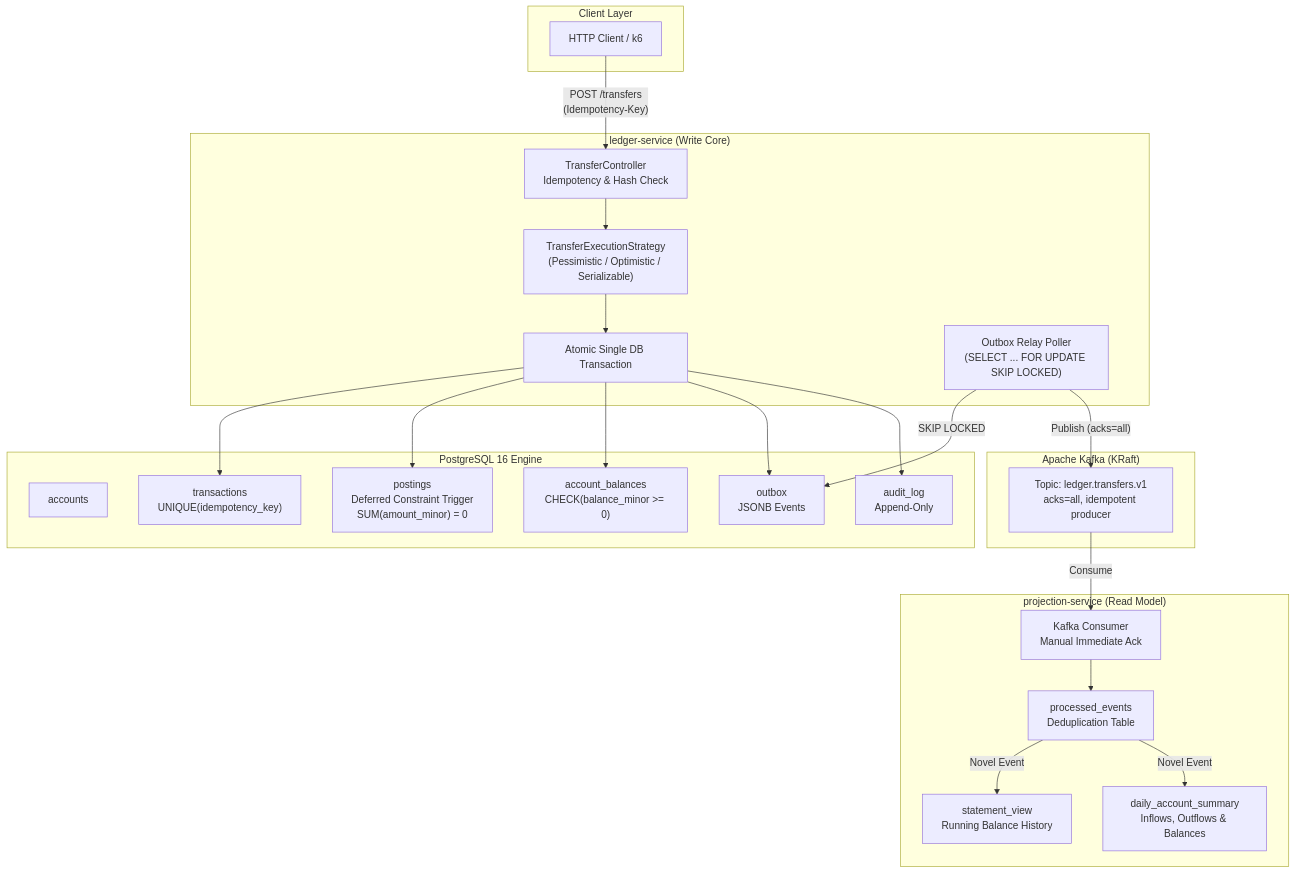
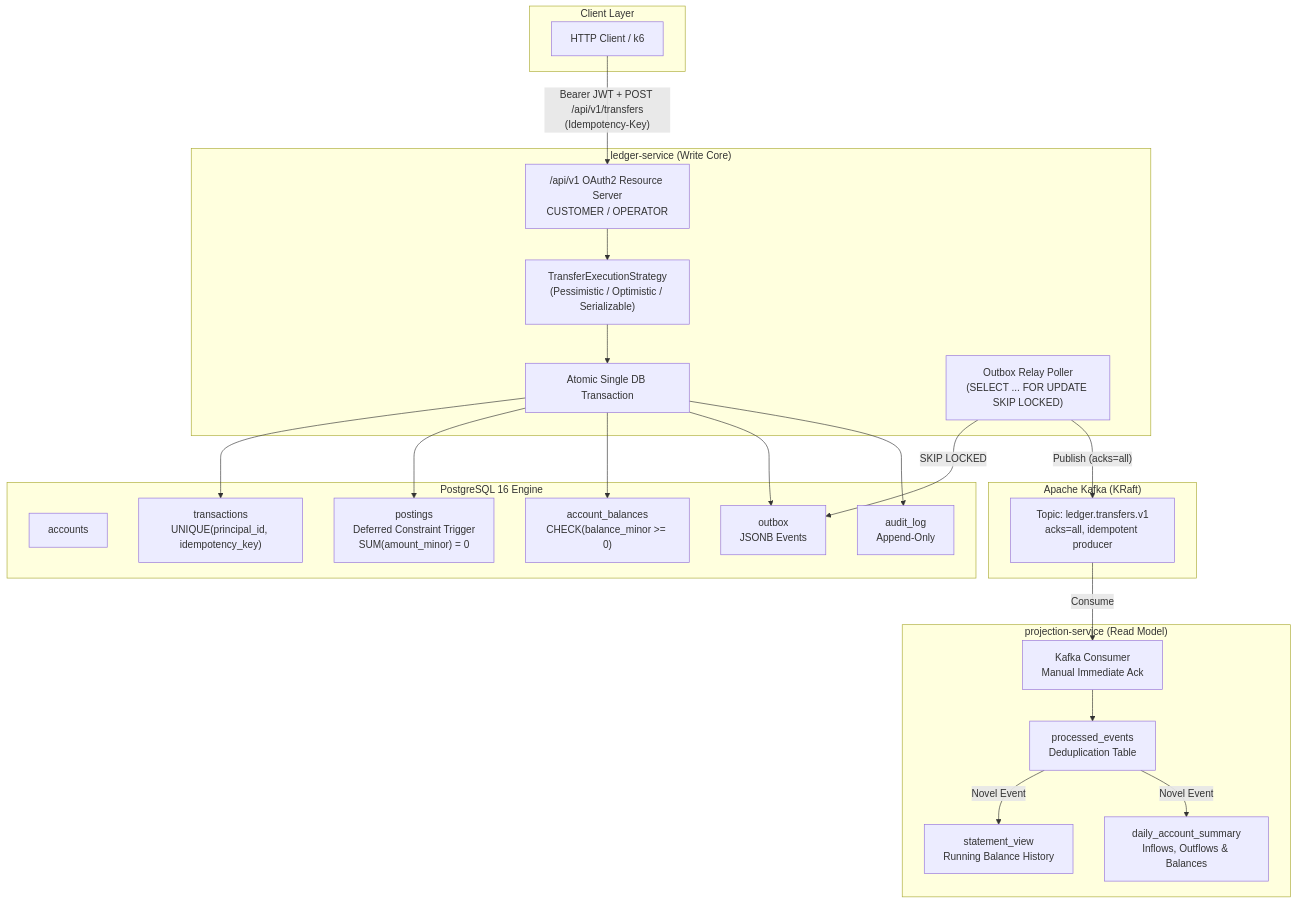
One commit to pavann19/LedgerLine changed the diagram in README.md. Above: the diagram before and after it, drawn with Mermaid. The commit also changed other lines of this file and 55 other files, not shown here.

````diff
--- a/README.md
+++ b/README.md
@@ -27,48 +27,48 @@
 ```mermaid
 flowchart TD
     subgraph Clients["Client Layer"]
         C1["HTTP Client / k6"]
     end
 
     subgraph LedgerWrite["ledger-service (Write Core)"]
-        API["TransferController<br/>Idempotency & Hash Check"]
+        API["/api/v1 OAuth2 Resource Server<br/>CUSTOMER / OPERATOR"]
         Strategy["TransferExecutionStrategy<br/>(Pessimistic / Optimistic / Serializable)"]
         DBTx["Atomic Single DB Transaction"]
         Relay["Outbox Relay Poller<br/>(SELECT ... FOR UPDATE SKIP LOCKED)"]
     end
 
     subgraph Postgres["PostgreSQL 16 Engine"]
         T_Acc["accounts"]
-        T_Tx["transactions<br/>UNIQUE(idempotency_key)"]
+        T_Tx["transactions<br/>UNIQUE(principal_id, idempotency_key)"]
         T_Post["postings<br/>Deferred Constraint Trigger<br/>SUM(amount_minor) = 0"]
         T_Bal["account_balances<br/>CHECK(balance_minor >= 0)"]
         T_Outbox["outbox<br/>JSONB Events"]
         T_Audit["audit_log<br/>Append-Only"]
     end
 
     subgraph EventStream["Apache Kafka (KRaft)"]
         Topic["Topic: ledger.transfers.v1<br/>acks=all, idempotent producer"]
     end
 
     subgraph ProjectionRead["projection-service (Read Model)"]
         Consumer["Kafka Consumer<br/>Manual Immediate Ack"]
         Dedup["processed_events<br/>Deduplication Table"]
         Statement["statement_view<br/>Running Balance History"]
         Summary["daily_account_summary<br/>Inflows, Outflows & Balances"]
     end
 
-    C1 -->|"POST /transfers<br/>(Idempotency-Key)"| API
+    C1 -->|"Bearer JWT + POST /api/v1/transfers<br/>(Idempotency-Key)"| API
     API --> Strategy
     Strategy --> DBTx
     DBTx --> T_Tx
     DBTx --> T_Post
     DBTx --> T_Bal
     DBTx --> T_Outbox
     DBTx --> T_Audit
     Relay -->|"SKIP LOCKED"| T_Outbox
     Relay -->|"Publish (acks=all)"| Topic
     Topic -->|"Consume"| Consumer
     Consumer --> Dedup
     Dedup -->|"Novel Event"| Statement
     Dedup -->|"Novel Event"| Summary
 ```
````
